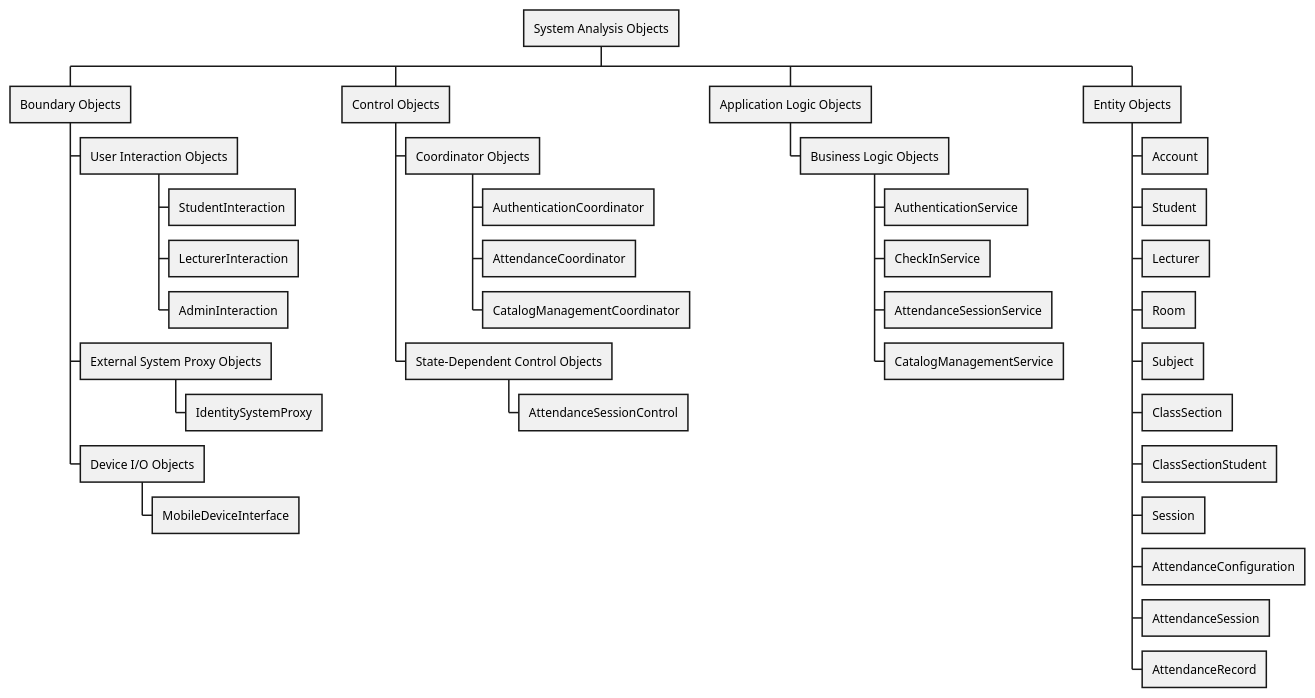
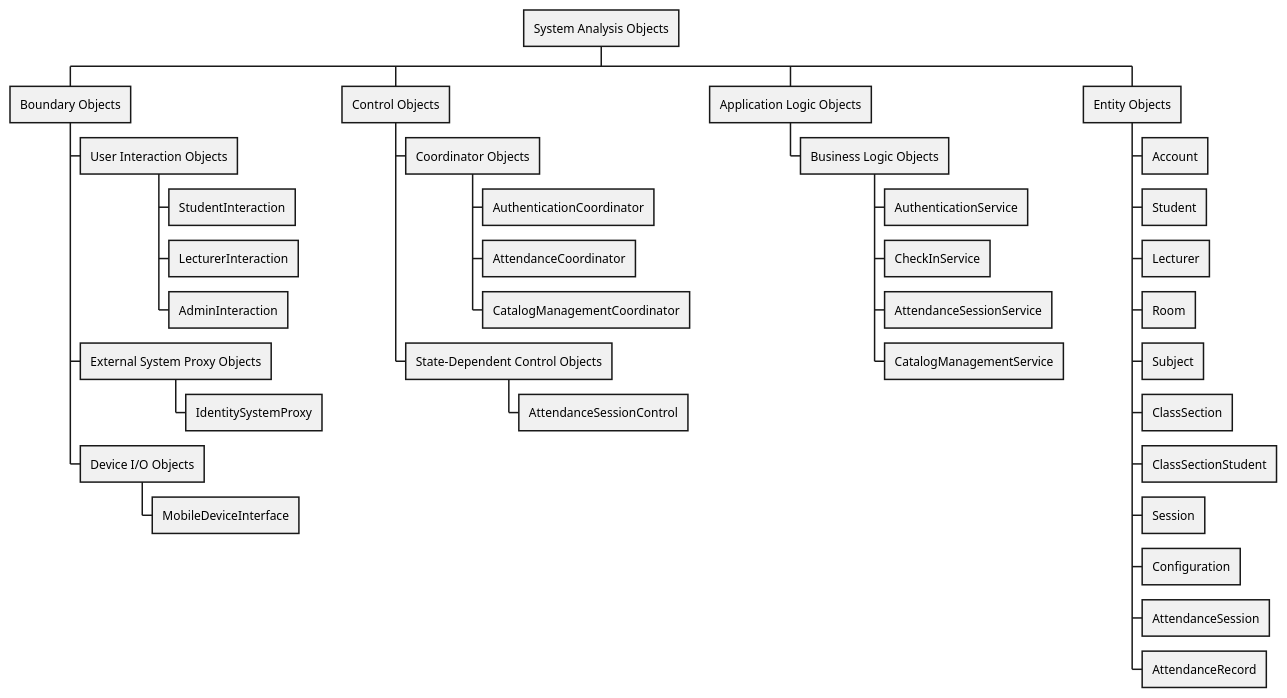
The third of 26 diagrams in docs/rds/2_Analysis.md (nttung42/SWD392), drawn with PlantUML before and after one commit. The commit also changed other lines of this file and 2 other files, not shown here.

````diff
--- a/docs/rds/2_Analysis.md
+++ b/docs/rds/2_Analysis.md
@@ -179,39 +180,39 @@
 ```plantuml
 @startwbs
 * System Analysis Objects
 ** Boundary Objects
 *** User Interaction Objects
 **** StudentInteraction
 **** LecturerInteraction
 **** AdminInteraction
 *** External System Proxy Objects
 **** IdentitySystemProxy
 *** Device I/O Objects
 **** MobileDeviceInterface
 ** Control Objects
 *** Coordinator Objects
 **** AuthenticationCoordinator
 **** AttendanceCoordinator
 **** CatalogManagementCoordinator
 *** State-Dependent Control Objects
 **** AttendanceSessionControl
 ** Application Logic Objects
 *** Business Logic Objects
 **** AuthenticationService
 **** CheckInService
 **** AttendanceSessionService
 **** CatalogManagementService
 ** Entity Objects
 *** Account
 *** Student
 *** Lecturer
 *** Room
 *** Subject
 *** ClassSection
 *** ClassSectionStudent
 *** Session
-*** AttendanceConfiguration
+*** Configuration
 *** AttendanceSession
 *** AttendanceRecord
 @endwbs
 ```
````
